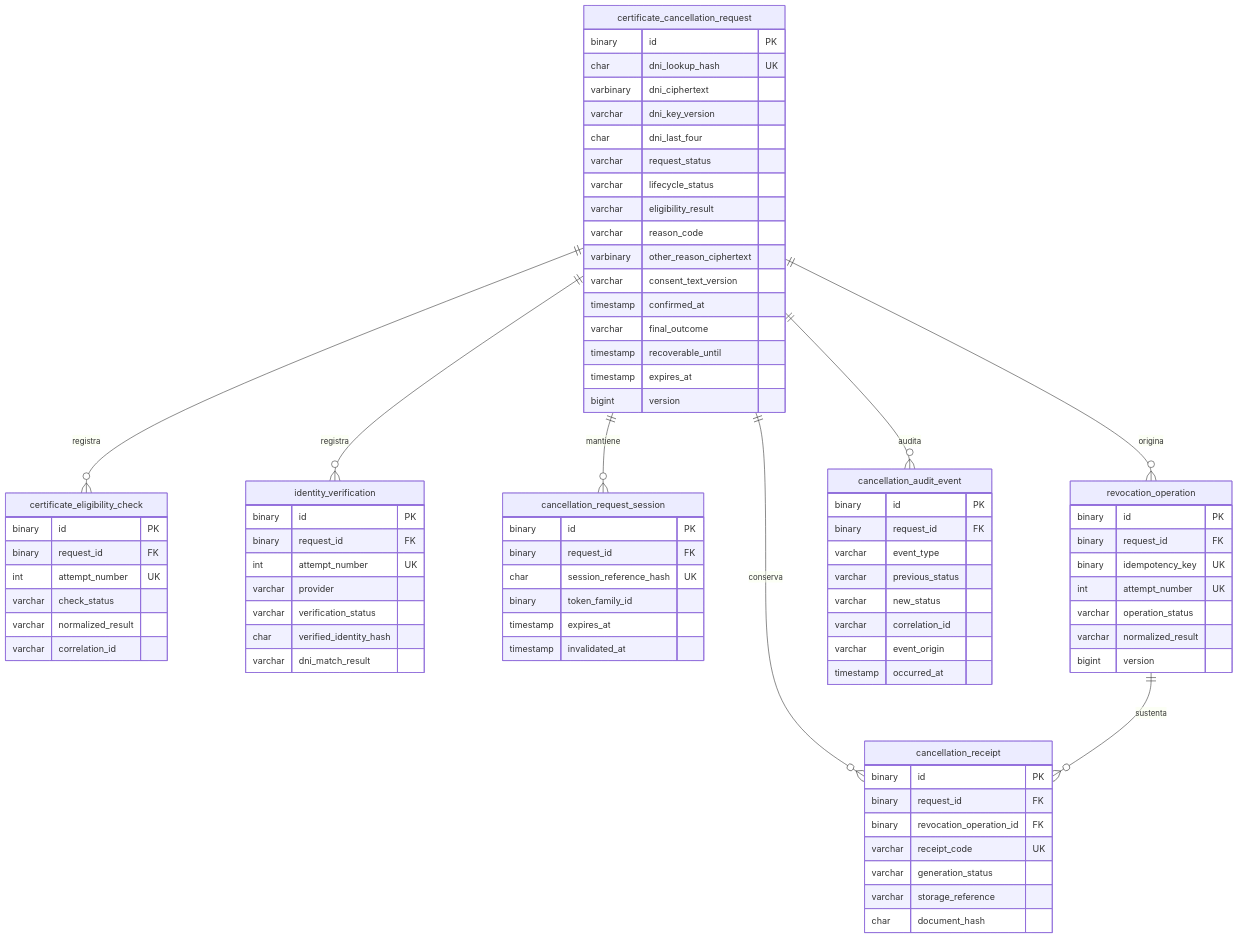
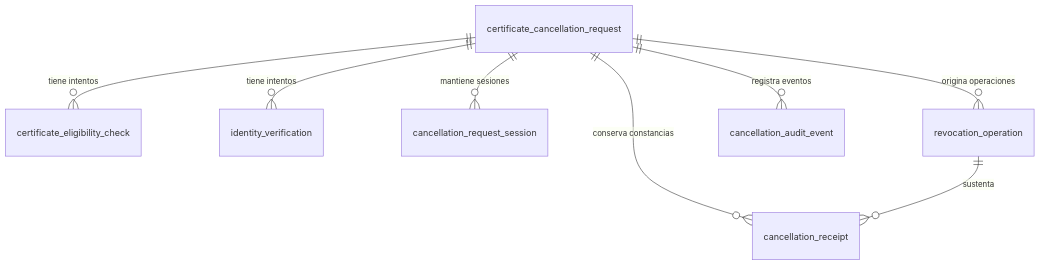
Before and after one commit to deyvisml/temp-reniec: the diagram in docs/data-model/README.md, drawn with Mermaid. The commit also changed other lines of this file and 72 other files, not shown here.

First line of the commit message:
Refactor cancellation request persistence model and introduce frontend-backend integration specification

````diff
--- a/docs/data-model/README.md
+++ b/docs/data-model/README.md
@@ -9,82 +9,10 @@
 ```mermaid
 erDiagram
-    certificate_cancellation_request ||--o{ certificate_eligibility_check : registra
-    certificate_cancellation_request ||--o{ identity_verification : registra
-    certificate_cancellation_request ||--o{ cancellation_request_session : mantiene
-    certificate_cancellation_request ||--o{ revocation_operation : origina
-    certificate_cancellation_request ||--o{ cancellation_receipt : conserva
-    certificate_cancellation_request ||--o{ cancellation_audit_event : audita
-    revocation_operation ||--o{ cancellation_receipt : sustenta
-
-    certificate_cancellation_request {
-        binary id PK
-        char dni_lookup_hash UK
-        varbinary dni_ciphertext
-        varchar dni_key_version
-        char dni_last_four
-        varchar request_status
-        varchar lifecycle_status
-        varchar eligibility_result
-        varchar reason_code
-        varbinary other_reason_ciphertext
-        varchar consent_text_version
-        timestamp confirmed_at
-        varchar final_outcome
-        timestamp recoverable_until
-        timestamp expires_at
-        bigint version
-    }
-    certificate_eligibility_check {
-        binary id PK
-        binary request_id FK
-        int attempt_number UK
-        varchar check_status
-        varchar normalized_result
-        varchar correlation_id
-    }
-    identity_verification {
-        binary id PK
-        binary request_id FK
-        int attempt_number UK
-        varchar provider
-        varchar verification_status
-        char verified_identity_hash
-        varchar dni_match_result
-    }
-    cancellation_request_session {
-        binary id PK
-        binary request_id FK
-        char session_reference_hash UK
-        binary token_family_id
-        timestamp expires_at
-        timestamp invalidated_at
-    }
-    revocation_operation {
-        binary id PK
-        binary request_id FK
-        binary idempotency_key UK
-        int attempt_number UK
-        varchar operation_status
-        varchar normalized_result
-        bigint version
-    }
-    cancellation_receipt {
-        binary id PK
-        binary request_id FK
-        binary revocation_operation_id FK
-        varchar receipt_code UK
-        varchar generation_status
-        varchar storage_reference
-        char document_hash
-    }
-    cancellation_audit_event {
-        binary id PK
-        binary request_id FK
-        varchar event_type
-        varchar previous_status
-        varchar new_status
-        varchar correlation_id
-        varchar event_origin
-        timestamp occurred_at
-    }
+    certificate_cancellation_request ||--o{ certificate_eligibility_check : "tiene intentos"
+    certificate_cancellation_request ||--o{ identity_verification : "tiene intentos"
+    certificate_cancellation_request ||--o{ cancellation_request_session : "mantiene sesiones"
+    certificate_cancellation_request ||--o{ revocation_operation : "origina operaciones"
+    certificate_cancellation_request ||--o{ cancellation_receipt : "conserva constancias"
+    certificate_cancellation_request ||--o{ cancellation_audit_event : "registra eventos"
+    revocation_operation ||--o{ cancellation_receipt : "sustenta"
 ```
````
